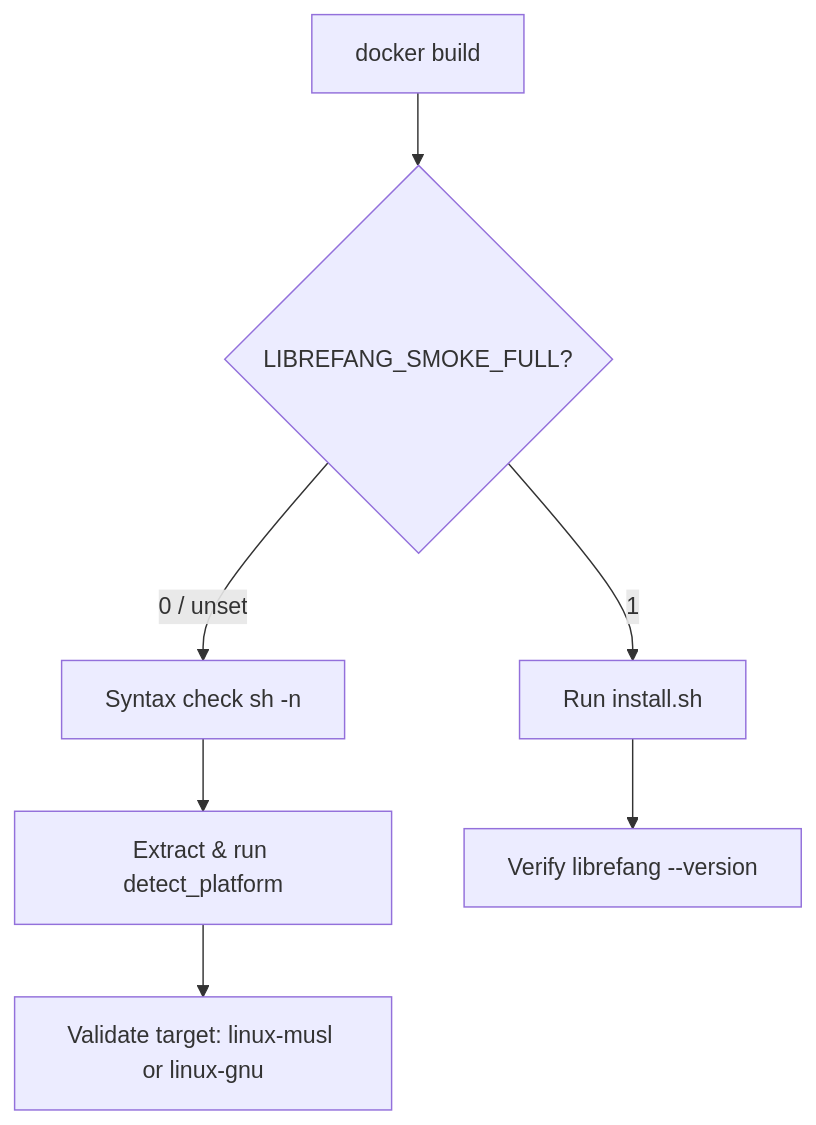
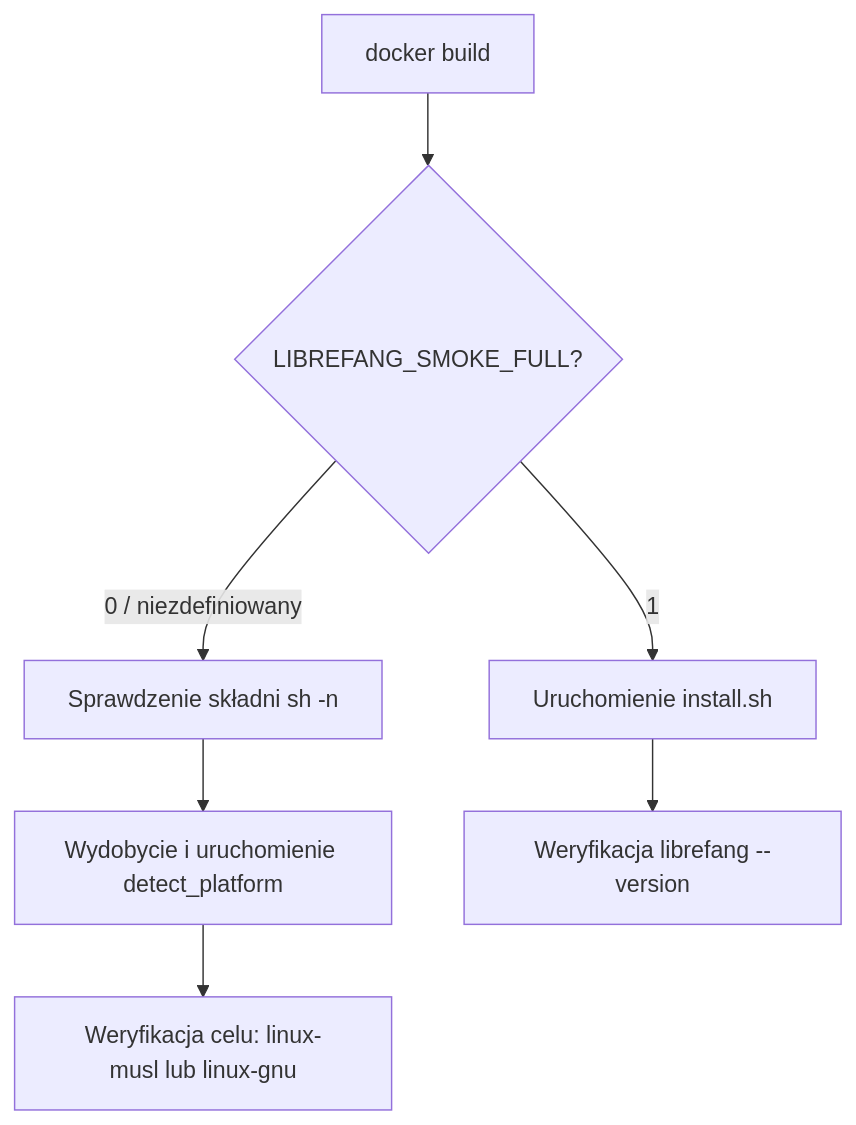
The diagram in scripts-docker.md (leszek3737/librefang-WIki), drawn with Mermaid before and after one commit. The commit also changed other lines of this file and 104 other files, not shown here.

````diff
--- a/scripts-docker.md
+++ b/scripts-docker.md
@@ -38,9 +38,9 @@
 ```mermaid
 flowchart TD
     A[docker build] --> B{LIBREFANG_SMOKE_FULL?}
-    B -->|0 / unset| C[Syntax check sh -n]
-    C --> D[Extract & run detect_platform]
-    D --> E[Validate target: linux-musl or linux-gnu]
-    B -->|1| F[Run install.sh]
-    F --> G[Verify librefang --version]
+    B -->|0 / niezdefiniowany| C[Sprawdzenie składni sh -n]
+    C --> D[Wydobycie i uruchomienie detect_platform]
+    D --> E[Weryfikacja celu: linux-musl lub linux-gnu]
+    B -->|1| F[Uruchomienie install.sh]
+    F --> G[Weryfikacja librefang --version]
 ```
````
